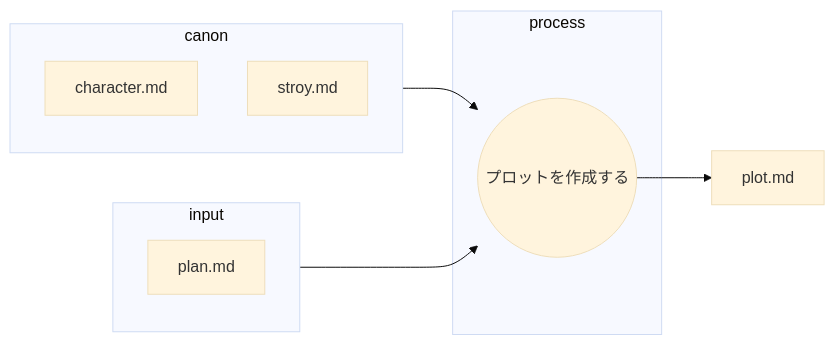
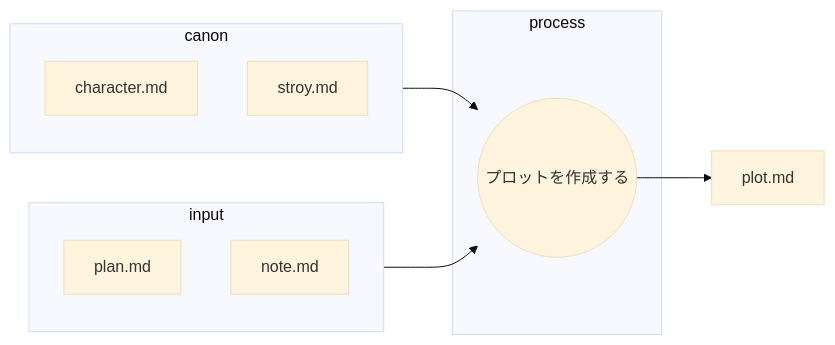
The diagram in prompts/plotter.md (yomai-hiyashidewa/novel_workflow), drawn with Mermaid (base theme) before and after one commit. The commit also changed other lines of this file and 5 other files, not shown here.

````diff
--- a/prompts/plotter.md
+++ b/prompts/plotter.md
@@ -6,26 +6,27 @@
 ```mermaid
 graph LR
 
     subgraph input
         md1[plan.md]
+        md2[note.md]
     end
 
     subgraph canon
         c_character[character.md]
         c_story[stroy.md]
         
     end
 
     product[plot.md]
 
 
     subgraph process
         process_plot((プロットを作成する))
     end
 
     canon --> process_plot
     input --> process_plot
     process_plot --> product
 
 
 ```
````
